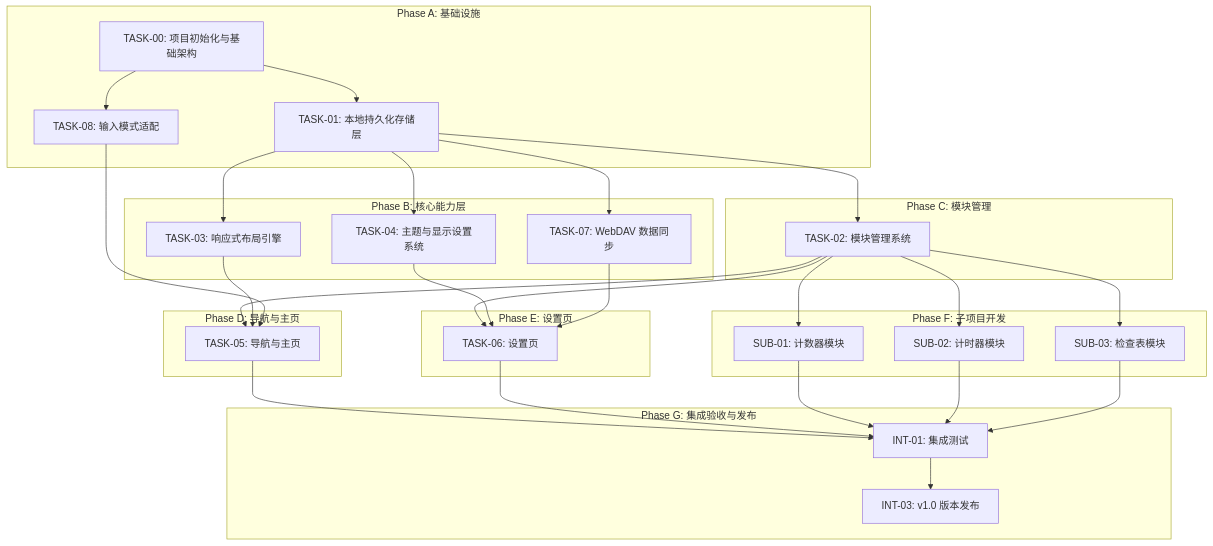
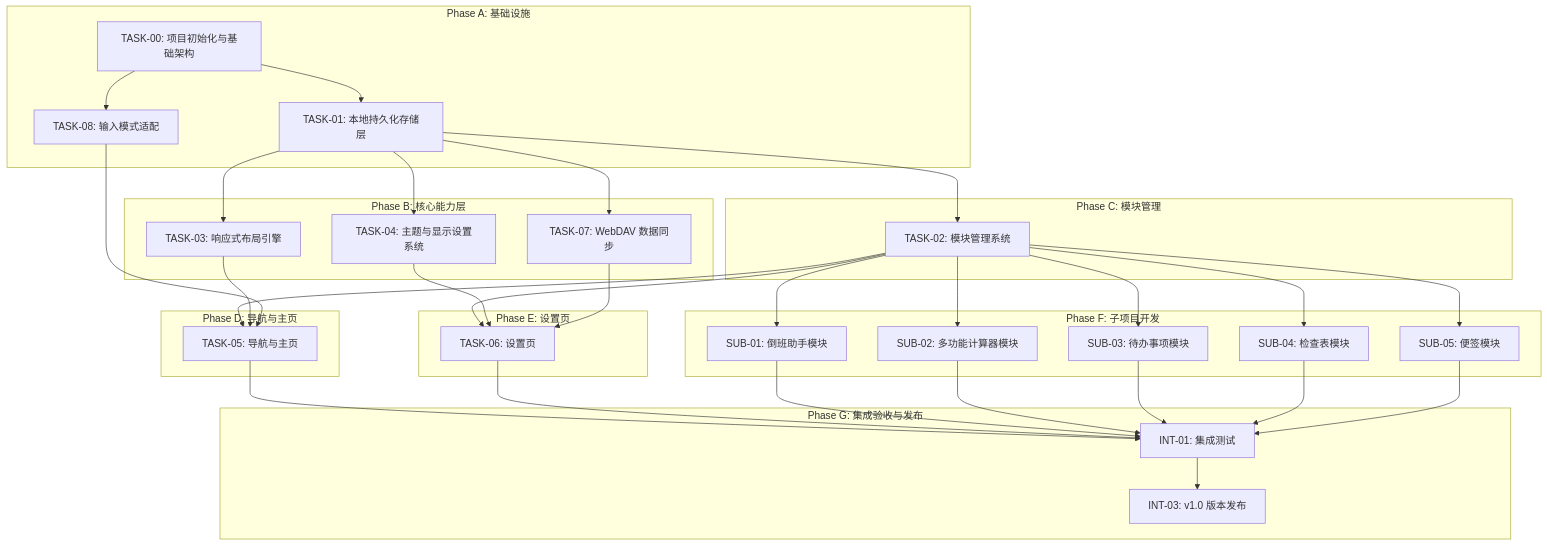
One commit to amekaze-DEV/ame-toolbox changed the diagram in task_assignments.md. Above: the diagram before and after it, drawn with Mermaid. The commit also changed other lines of this file and 177 other files, not shown here.

````diff
--- a/task_assignments.md
+++ b/task_assignments.md
@@ -828,74 +938,82 @@
 ```mermaid
 flowchart TD
     T00[TASK-00: 项目初始化与基础架构]
     T01[TASK-01: 本地持久化存储层]
     T02[TASK-02: 模块管理系统]
     T03[TASK-03: 响应式布局引擎]
     T04[TASK-04: 主题与显示设置系统]
     T05[TASK-05: 导航与主页]
     T06[TASK-06: 设置页]
     T07[TASK-07: WebDAV 数据同步]
     T08[TASK-08: 输入模式适配]
-    S01[SUB-01: 计数器模块]
-    S02[SUB-02: 计时器模块]
-    S03[SUB-03: 检查表模块]
+    S01[SUB-01: 倒班助手模块]
+    S02[SUB-02: 多功能计算器模块]
+    S03[SUB-03: 待办事项模块]
+    S04[SUB-04: 检查表模块]
+    S05[SUB-05: 便签模块]
     I01[INT-01: 集成测试]
     I03[INT-03: v1.0 版本发布]
 
     T00 --> T01
     T00 --> T08
     T01 --> T02
     T01 --> T03
     T01 --> T04
     T01 --> T07
     T02 --> T05
     T03 --> T05
     T08 --> T05
     T02 --> T06
     T04 --> T06
     T07 --> T06
     T02 --> S01
     T02 --> S02
     T02 --> S03
+    T02 --> S04
+    T02 --> S05
     T05 --> I01
     T06 --> I01
     S01 --> I01
     S02 --> I01
     S03 --> I01
+    S04 --> I01
+    S05 --> I01
     I01 --> I03
 
     subgraph PhaseA["Phase A: 基础设施"]
         T00
         T01
         T08
     end
 
     subgraph PhaseB["Phase B: 核心能力层"]
         T03
         T04
         T07
     end
 
     subgraph PhaseC["Phase C: 模块管理"]
         T02
     end
 
     subgraph PhaseD["Phase D: 导航与主页"]
         T05
     end
 
     subgraph PhaseE["Phase E: 设置页"]
         T06
     end
 
     subgraph PhaseF["Phase F: 子项目开发"]
         S01
         S02
         S03
+        S04
+        S05
     end
 
     subgraph PhaseG["Phase G: 集成验收与发布"]
         I01
         I03
     end
 ```
````
